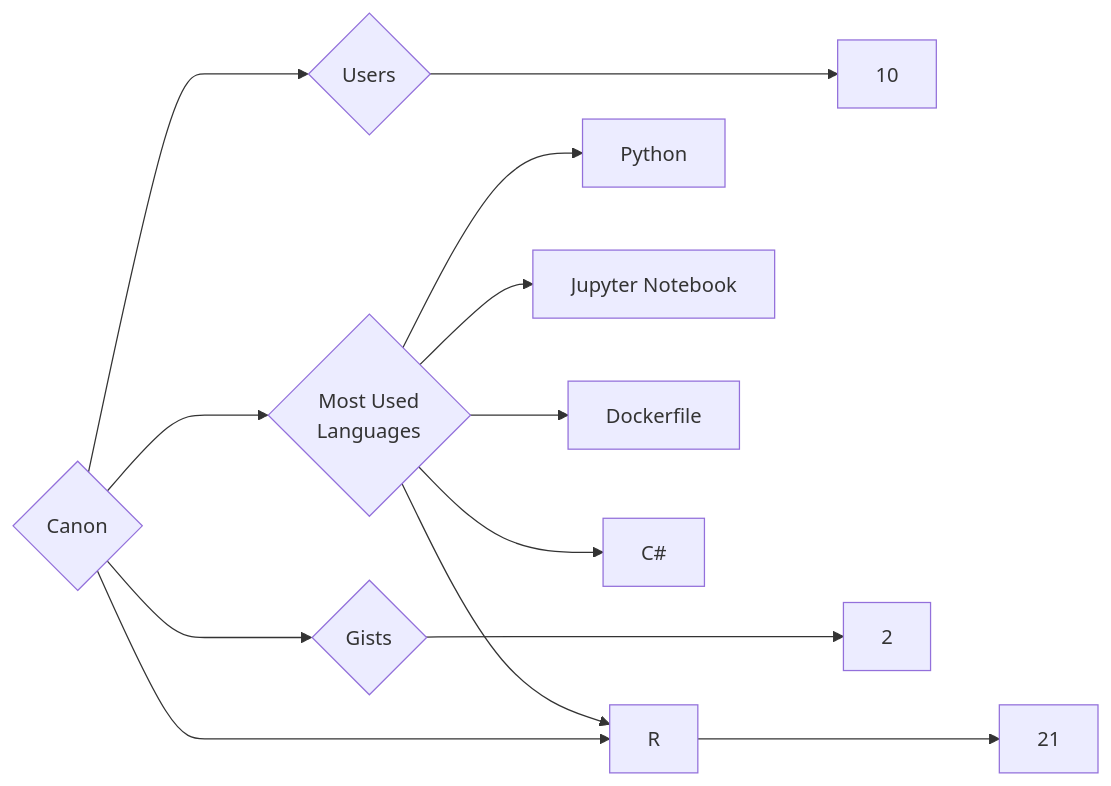
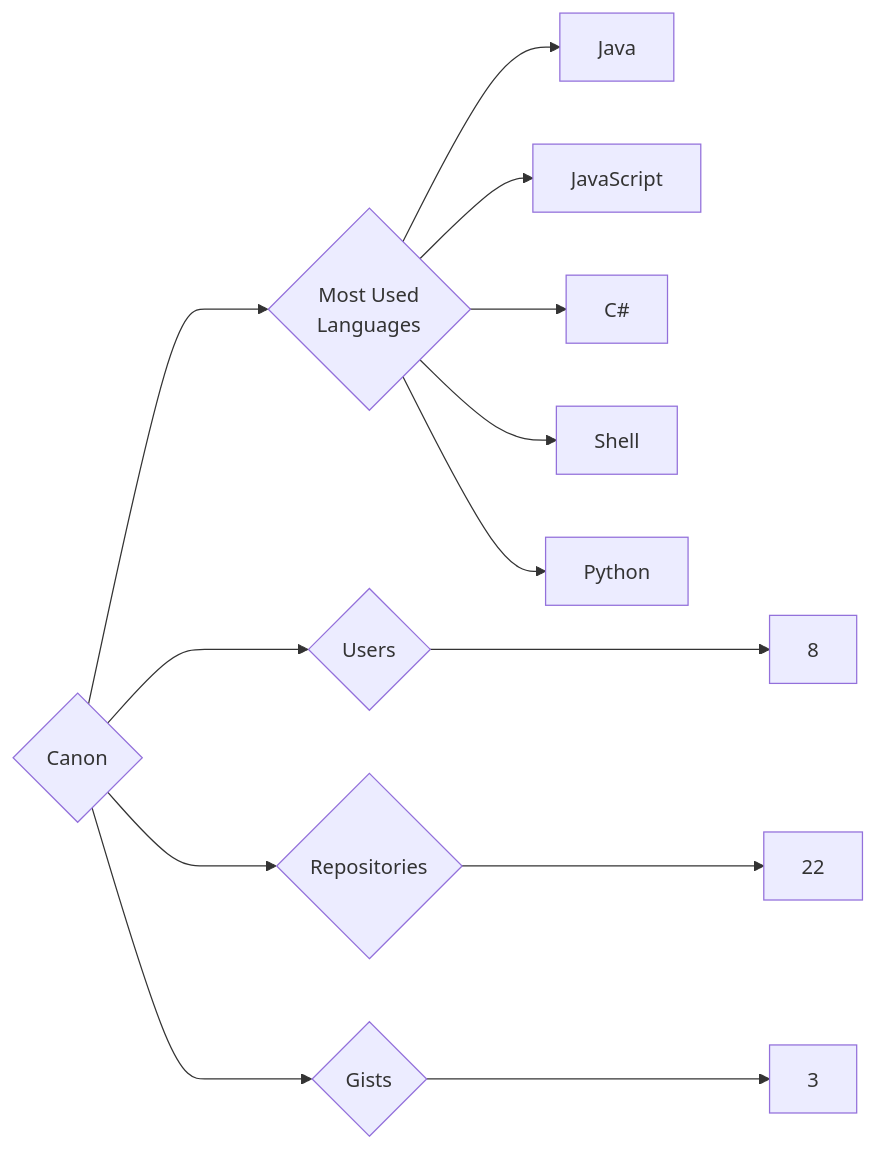
Before and after one commit to trickest/insiders: the diagram in targets/Canon/README.md, drawn with Mermaid. The commit also changed 569 other files, not shown here.

````diff
--- a/targets/Canon/README.md
+++ b/targets/Canon/README.md
@@ -3,13 +3,13 @@
 ```mermaid
 graph LR
 COMPANY_NAME{Canon}
-COMPANY_NAME ---> U{Users} ---> UN[10]
-COMPANY_NAME ---> R{Repositories} ---> RN[21]
-COMPANY_NAME ---> G{Gists} ---> GN[2]
+COMPANY_NAME ---> U{Users} ---> UN[8]
+COMPANY_NAME ---> R{Repositories} ---> RN[22]
+COMPANY_NAME ---> G{Gists} ---> GN[3]
 COMPANY_NAME ---> ML{Most Used<br>Languages}
+ML --> Java[Java]
+ML --> JavaScript[JavaScript]
+ML --> C#[C#]
+ML --> Shell[Shell]
 ML --> Python[Python]
-ML --> R[R]
-ML --> Jupyter_Notebook[Jupyter Notebook]
-ML --> Dockerfile[Dockerfile]
-ML --> C#[C#]
 ```
````
